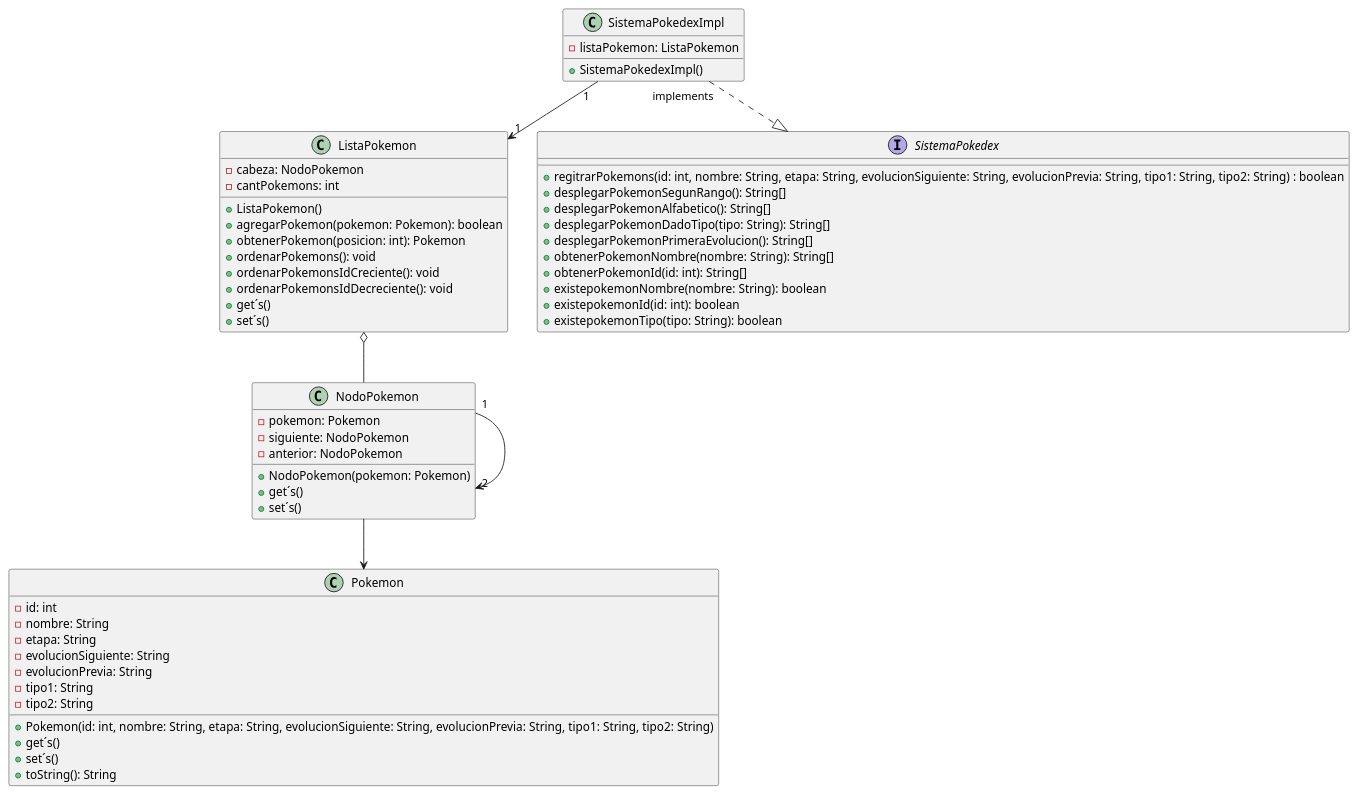
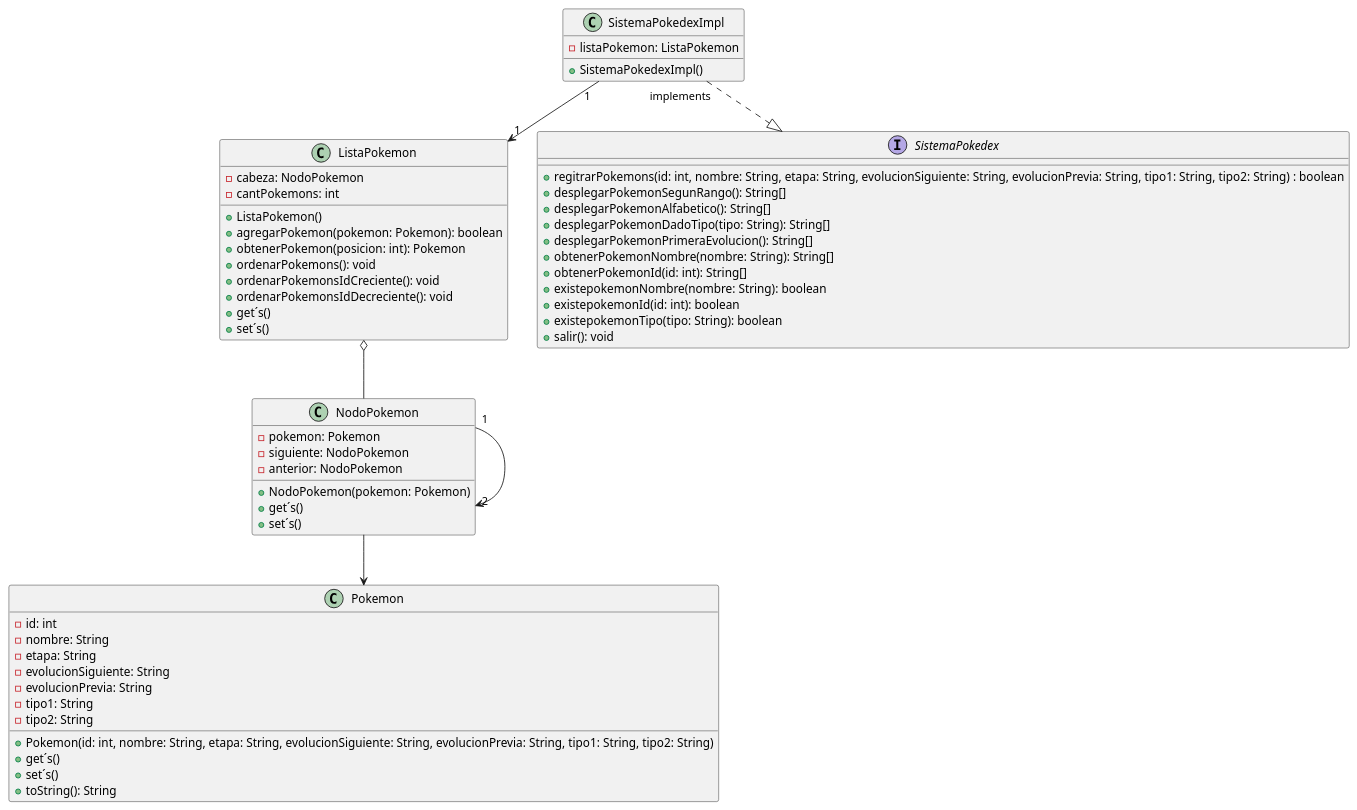
Before and after one commit to MauricioAchc/Taller4: the diagram in Taller4/src/DiagramaDeClase.puml, drawn with PlantUML. The commit also changed 11 other files, not shown here.

```diff
--- a/Taller4/src/DiagramaDeClase.puml
+++ b/Taller4/src/DiagramaDeClase.puml
@@ -1,64 +1,65 @@
 @startuml
 'https://plantuml.com/sequence-diagram
 class Pokemon{
 -id: int
 -nombre: String
 -etapa: String
 -evolucionSiguiente: String
 -evolucionPrevia: String
 -tipo1: String
 -tipo2: String
 +Pokemon(id: int, nombre: String, etapa: String, evolucionSiguiente: String, evolucionPrevia: String, tipo1: String, tipo2: String)
 +get´s()
 +set´s()
 +toString(): String
 }
 
 class NodoPokemon{
 -pokemon: Pokemon
 -siguiente: NodoPokemon
 -anterior: NodoPokemon
 +NodoPokemon(pokemon: Pokemon)
 +get´s()
 +set´s()
 }
 
 class ListaPokemon{
 -cabeza: NodoPokemon
 -cantPokemons: int
 +ListaPokemon()
 +agregarPokemon(pokemon: Pokemon): boolean
 +obtenerPokemon(posicion: int): Pokemon
 +ordenarPokemons(): void
 +ordenarPokemonsIdCreciente(): void
 +ordenarPokemonsIdDecreciente(): void
 +get´s()
 +set´s()
 }
 
 interface SistemaPokedex{
 +regitrarPokemons(id: int, nombre: String, etapa: String, evolucionSiguiente: String, evolucionPrevia: String, tipo1: String, tipo2: String) : boolean
 +desplegarPokemonSegunRango(): String[]
 +desplegarPokemonAlfabetico(): String[]
 +desplegarPokemonDadoTipo(tipo: String): String[]
 +desplegarPokemonPrimeraEvolucion(): String[]
 +obtenerPokemonNombre(nombre: String): String[]
 +obtenerPokemonId(id: int): String[]
 +existepokemonNombre(nombre: String): boolean
 +existepokemonId(id: int): boolean
 +existepokemonTipo(tipo: String): boolean
++salir(): void
 }
 
 class SistemaPokedexImpl{
 -listaPokemon: ListaPokemon
 +SistemaPokedexImpl()
 }
 
 NodoPokemon "1" --> "2" NodoPokemon
 ListaPokemon o-- NodoPokemon
 SistemaPokedexImpl "implements" ..|> SistemaPokedex
 SistemaPokedexImpl "1" --> "1" ListaPokemon
 NodoPokemon --> Pokemon
 
 
 @enduml
```
